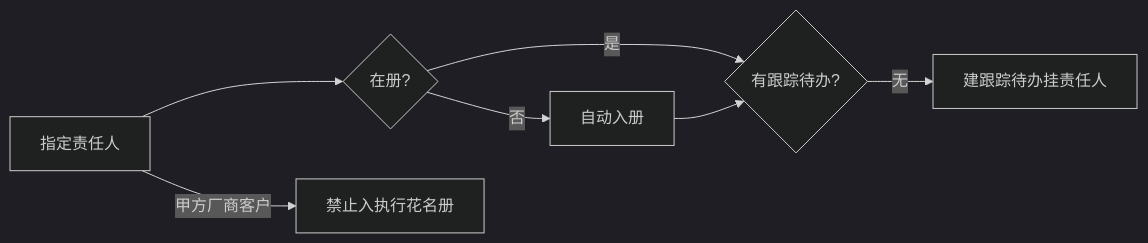
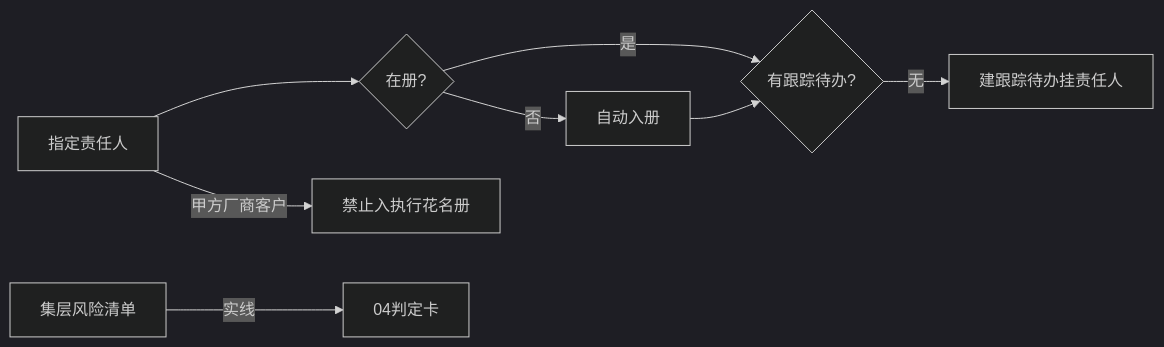
Before and after one commit to qiusuo0226/chrono-pm-skill: the ninth of 23 diagrams in ChronoPM-Project/SKILL_MODULE_MAP.md, drawn with Mermaid (dark theme). The commit also changed other lines of this file and 12 other files, not shown here.

````diff
--- a/ChronoPM-Project/SKILL_MODULE_MAP.md
+++ b/ChronoPM-Project/SKILL_MODULE_MAP.md
@@ -102,9 +104,10 @@
 ```mermaid
 flowchart LR
   PM[指定责任人] --> CHK{在册?}
   CHK -->|否| ROSTER[自动入册]
   CHK -->|是| TODO{有跟踪待办?}
   ROSTER --> TODO
   TODO -->|无| ADD[建跟踪待办挂责任人]
   PM -->|甲方厂商客户| X[禁止入执行花名册]
+  HO[集层风险清单] -->|实线| CARD[04判定卡]
 ```
````
